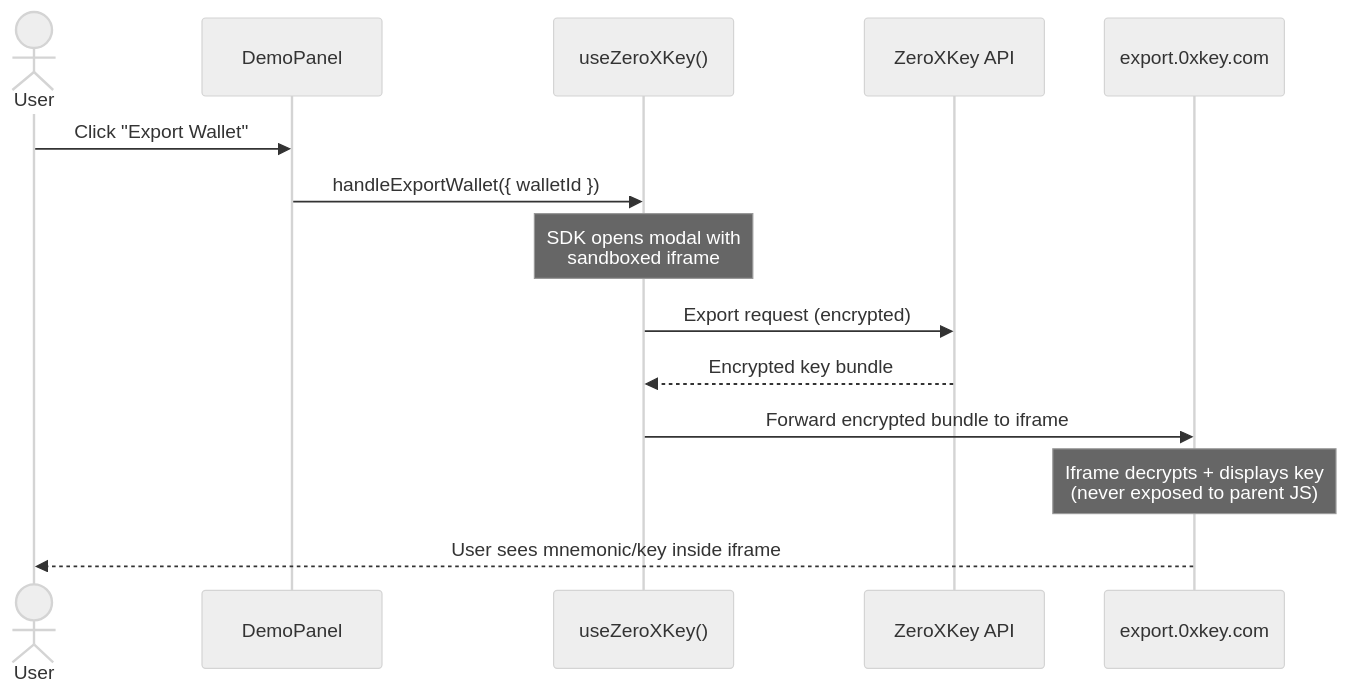
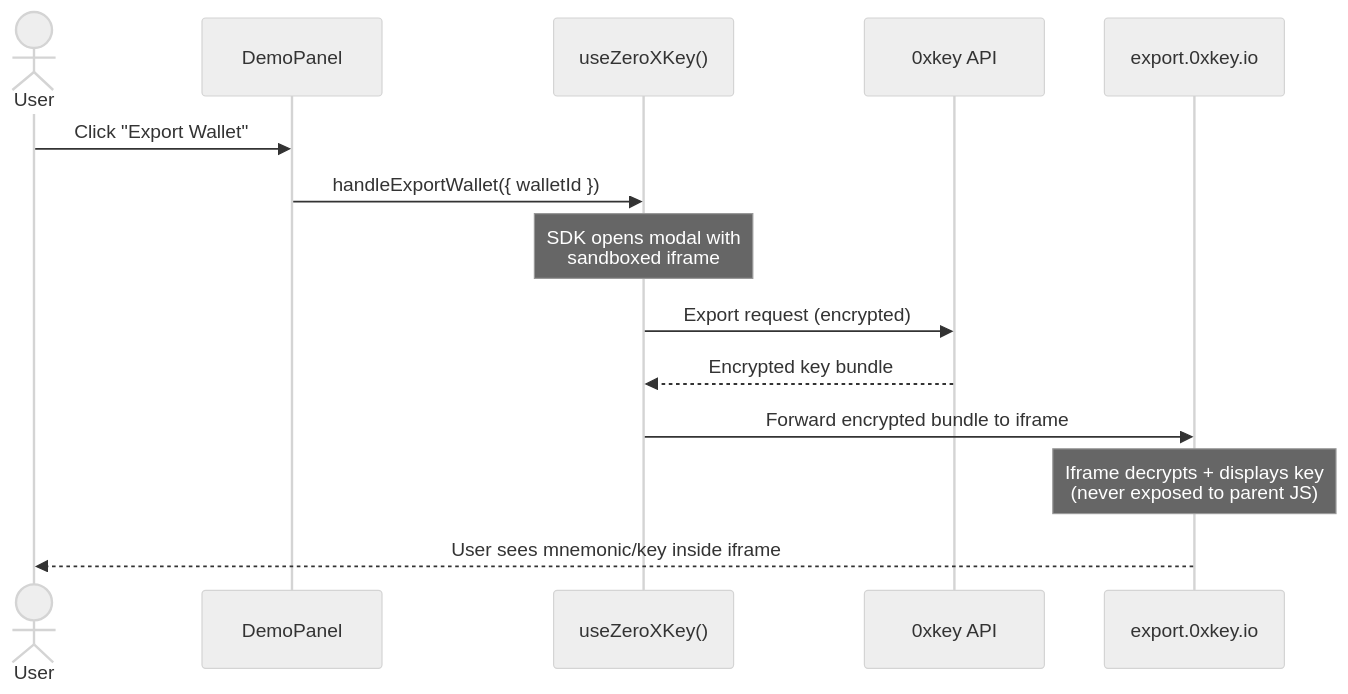
Before and after one commit to 0xkey-io/sdk-js: the sixth of 6 diagrams in examples/react-wallet-kit/README.md, drawn with Mermaid (neutral theme). The commit also changed other lines of this file and 464 other files, not shown here.

````diff
--- a/examples/react-wallet-kit/README.md
+++ b/examples/react-wallet-kit/README.md
@@ -601,19 +601,19 @@
 ```mermaid
 sequenceDiagram
     actor User
     participant DP as DemoPanel
     participant SDK as useZeroXKey()
-    participant API as ZeroXKey API
-    participant Iframe as export.0xkey.com
+    participant API as 0xkey API
+    participant Iframe as export.0xkey.io
 
     User->>DP: Click "Export Wallet"
     DP->>SDK: handleExportWallet({ walletId })
     Note over SDK: SDK opens modal with<br/>sandboxed iframe
 
     SDK->>API: Export request (encrypted)
     API-->>SDK: Encrypted key bundle
 
     SDK->>Iframe: Forward encrypted bundle to iframe
     Note over Iframe: Iframe decrypts + displays key<br/>(never exposed to parent JS)
     Iframe-->>User: User sees mnemonic/key inside iframe
 ```
````
